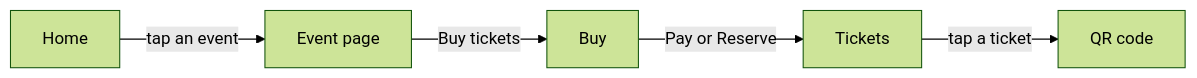
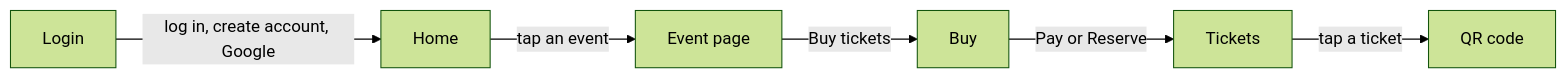
Before and after one commit to joaocvduarte/homeout: the diagram in aidd_docs/memory/mobile.md, drawn with Mermaid (forest theme). The commit also changed other lines of this file and 8 other files, not shown here.

````diff
--- a/aidd_docs/memory/mobile.md
+++ b/aidd_docs/memory/mobile.md
@@ -9,7 +9,8 @@
 ```mermaid
 flowchart LR
+  Login -->|log in, create account, Google| Home
   Home -->|tap an event| Event[Event page]
   Event -->|Buy tickets| Buy
   Buy -->|Pay or Reserve| Tickets
   Tickets -->|tap a ticket| QR[QR code]
 ```
````
